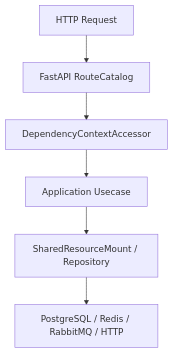
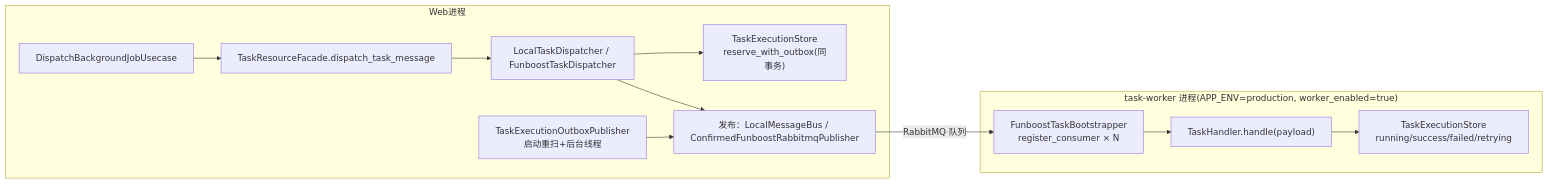
The diagram in docs/project_manual/04_infrastructure/task_runtime.md (1nuo123/python-web-fastapi), drawn with Mermaid before and after one commit. The commit also changed other lines of this file and 304 other files, not shown here.

````diff
--- a/docs/project_manual/04_infrastructure/task_runtime.md
+++ b/docs/project_manual/04_infrastructure/task_runtime.md
@@ -44,8 +18,15 @@
 ```mermaid
-flowchart TD
-    A["HTTP Request"] --> B["FastAPI RouteCatalog"]
-    B --> C["DependencyContextAccessor"]
-    C --> D["Application Usecase"]
-    D --> E["SharedResourceMount / Repository"]
-    E --> F["PostgreSQL / Redis / RabbitMQ / HTTP"]
+flowchart LR
+    subgraph Web进程
+        UC["DispatchBackgroundJobUsecase"] --> TF["TaskResourceFacade.dispatch_task_message"]
+        TF --> D["LocalTaskDispatcher / FunboostTaskDispatcher"]
+        D --> ST["TaskExecutionStore<br/>reserve_with_outbox(同事务)"]
+        D --> PUB["发布：LocalMessageBus / ConfirmedFunboostRabbitmqPublisher"]
+        OP["TaskExecutionOutboxPublisher<br/>启动重扫+后台线程"] --> PUB
+    end
+    subgraph Worker进程["task-worker 进程(APP_ENV=production, worker_enabled=true)"]
+        FB["FunboostTaskBootstrapper<br/>register_consumer × N"] --> H["TaskHandler.handle(payload)"]
+        H --> ST2["TaskExecutionStore<br/>running/success/failed/retrying"]
+    end
+    PUB -->|RabbitMQ 队列| FB
 ```
````
